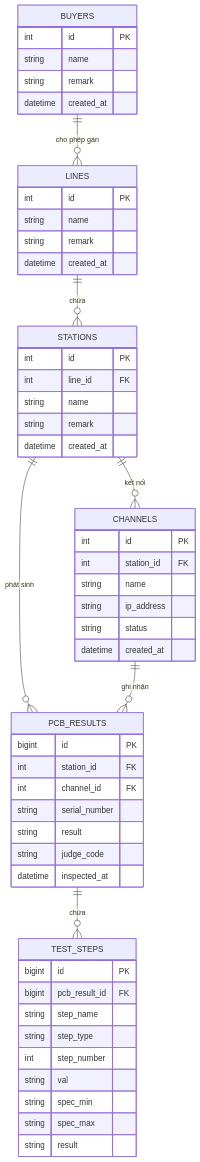
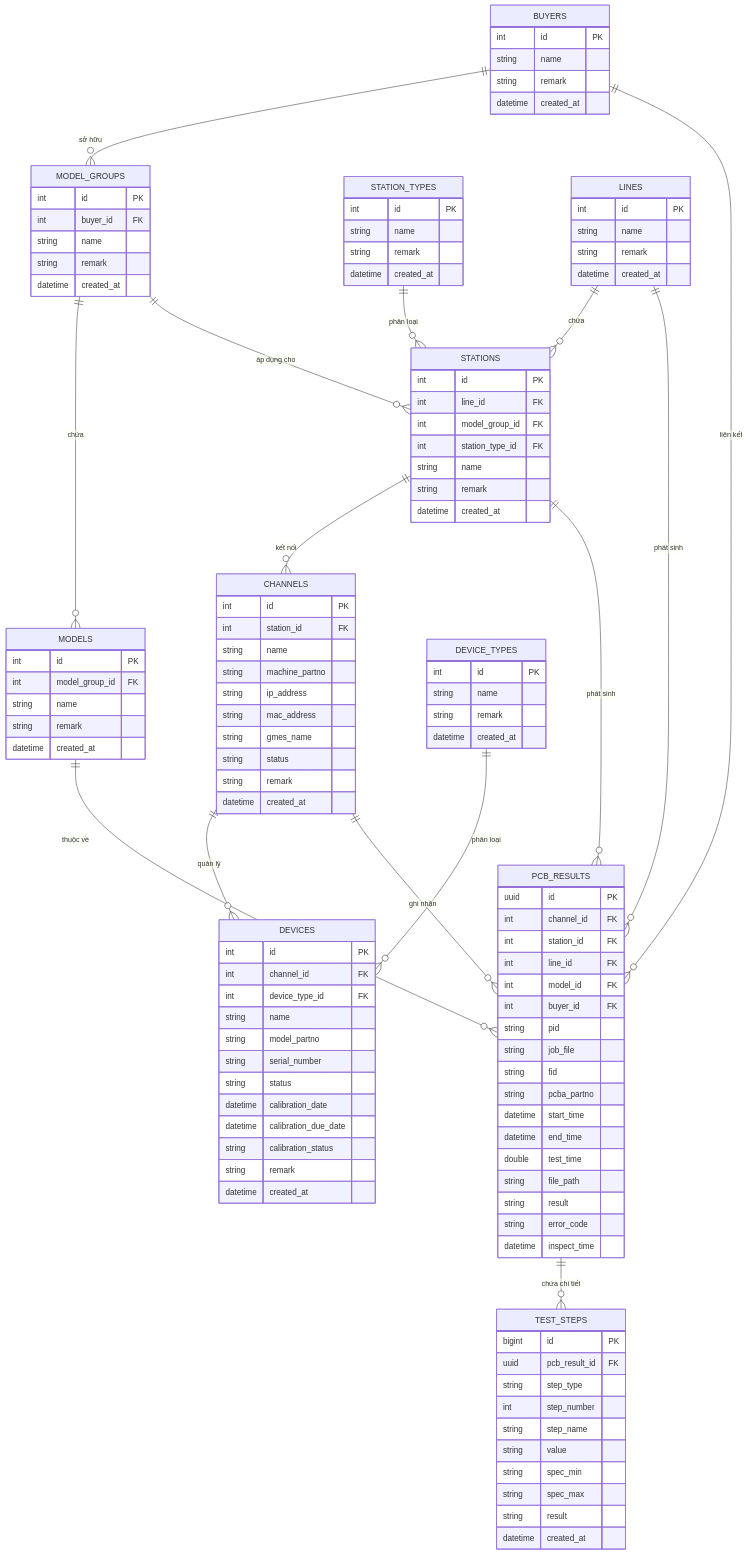
One commit to thanhnvbk92/PMSystem2 changed the diagram in docs/01_SRS_Software_Requirements_Specification.md. Above: the diagram before and after it, drawn with Mermaid. The commit also changed other lines of this file and 32 other files, not shown here.

Commit message:
feat: initialize backend API architecture, database models, and migration scripts for production data tracking

````diff
--- a/docs/01_SRS_Software_Requirements_Specification.md
+++ b/docs/01_SRS_Software_Requirements_Specification.md
@@ -61,13 +61,44 @@
 ```mermaid
 erDiagram
-    BUYERS ||--o{ LINES : "cho phép gán"
+    BUYERS ||--o{ MODEL_GROUPS : "sở hữu"
+    BUYERS ||--o{ PCB_RESULTS : "liên kết"
+    MODEL_GROUPS ||--o{ MODELS : "chứa"
+    MODEL_GROUPS ||--o{ STATIONS : "áp dụng cho"
+    STATION_TYPES ||--o{ STATIONS : "phân loại"
     LINES ||--o{ STATIONS : "chứa"
     STATIONS ||--o{ CHANNELS : "kết nối"
     STATIONS ||--o{ PCB_RESULTS : "phát sinh"
+    LINES ||--o{ PCB_RESULTS : "phát sinh"
+    MODELS ||--o{ PCB_RESULTS : "thuộc về"
+    CHANNELS ||--o{ DEVICES : "quản lý"
     CHANNELS ||--o{ PCB_RESULTS : "ghi nhận"
-    PCB_RESULTS ||--o{ TEST_STEPS : "chứa"
+    DEVICE_TYPES ||--o{ DEVICES : "phân loại"
+    PCB_RESULTS ||--o{ TEST_STEPS : "chứa chi tiết"
 
     BUYERS {
+        int id PK
+        string name
+        string remark
+        datetime created_at
+    }
+
+    MODEL_GROUPS {
+        int id PK
+        int buyer_id FK
+        string name
+        string remark
+        datetime created_at
+    }
+
+    MODELS {
+        int id PK
+        int model_group_id FK
+        string name
+        string remark
+        datetime created_at
+    }
+
+    STATION_TYPES {
         int id PK
         string name
         string remark
@@ -84,6 +115,8 @@
     STATIONS {
         int id PK
         int line_id FK
+        int model_group_id FK
+        int station_type_id FK
         string name
         string remark
         datetime created_at
@@ -93,30 +126,67 @@
         int id PK
         int station_id FK
         string name
+        string machine_partno
         string ip_address
+        string mac_address
+        string gmes_name
         string status
+        string remark
+        datetime created_at
+    }
+
+    DEVICE_TYPES {
+        int id PK
+        string name
+        string remark
+        datetime created_at
+    }
+
+    DEVICES {
+        int id PK
+        int channel_id FK
+        int device_type_id FK
+        string name
+        string model_partno
+        string serial_number
+        string status
+        datetime calibration_date
+        datetime calibration_due_date
+        string calibration_status
+        string remark
         datetime created_at
     }
 
     PCB_RESULTS {
-        bigint id PK
+        uuid id PK
+        int channel_id FK
         int station_id FK
-        int channel_id FK
-        string serial_number
+        int line_id FK
+        int model_id FK
+        int buyer_id FK
+        string pid
+        string job_file
+        string fid
+        string pcba_partno
+        datetime start_time
+        datetime end_time
+        double test_time
+        string file_path
         string result
-        string judge_code
-        datetime inspected_at
+        string error_code
+        datetime inspect_time
     }
 
     TEST_STEPS {
         bigint id PK
-        bigint pcb_result_id FK
-        string step_name
+        uuid pcb_result_id FK
         string step_type
         int step_number
-        string val
+        string step_name
+        string value
         string spec_min
         string spec_max
         string result
+        datetime created_at
     }
 ```
````
